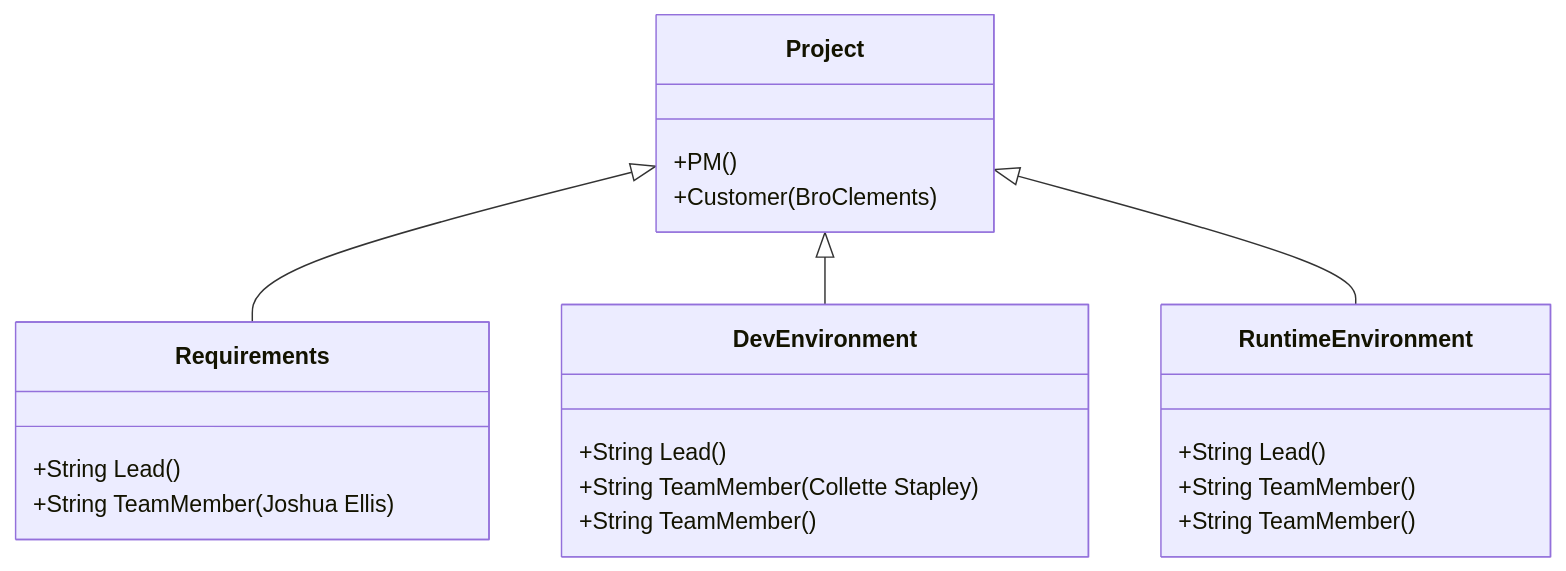
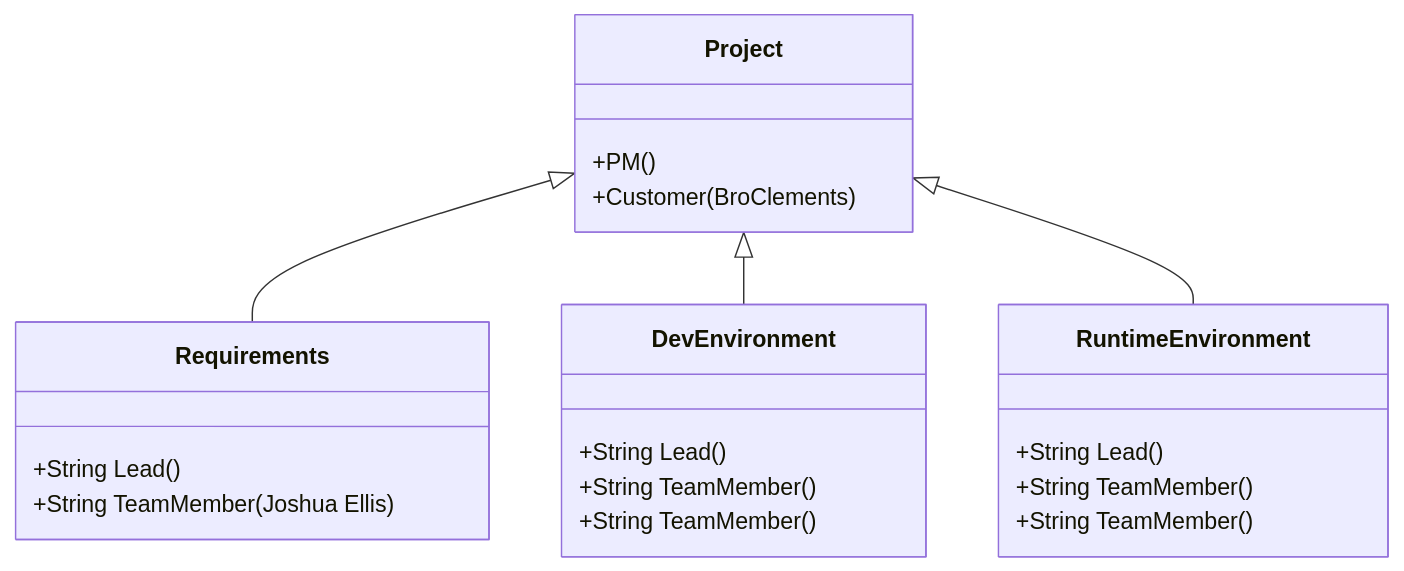
Before and after one commit to anrj2/2024SprCSE397PCP: the first of 2 diagrams in project/org/OrganizationChart.md, drawn with Mermaid. The commit also changed other lines of this file, not shown here.

````diff
--- a/project/org/OrganizationChart.md
+++ b/project/org/OrganizationChart.md
@@ -2,23 +2,23 @@
 ```mermaid
 classDiagram
       Project <|-- Requirements
       Project <|-- DevEnvironment
       Project <|-- RuntimeEnvironment
       Project : +PM()
       Project : +Customer(BroClements)
       class Requirements{
           +String Lead()
           +String TeamMember(Joshua Ellis)
 
       }
       class DevEnvironment{
           +String Lead()
-          +String TeamMember(Collette Stapley)
+          +String TeamMember()
           +String TeamMember()
       }
       class RuntimeEnvironment{
           +String Lead()
           +String TeamMember()
           +String TeamMember()
       }
 ```
````
